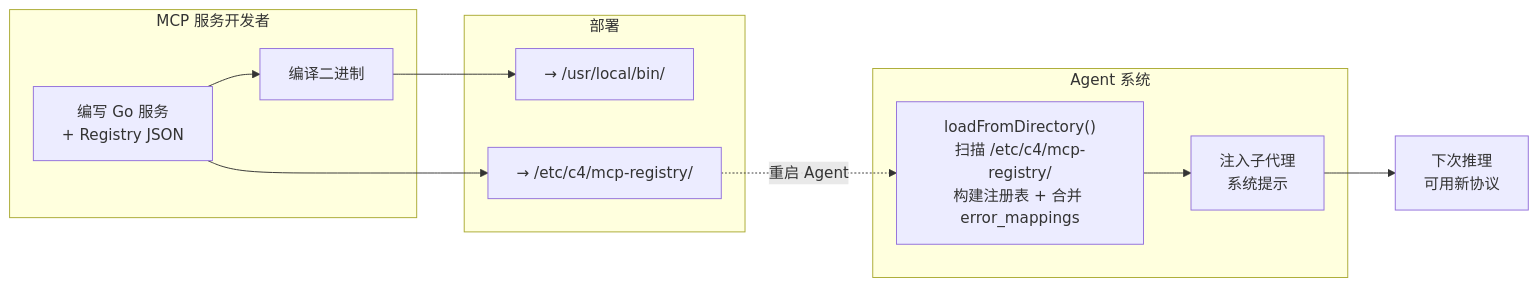
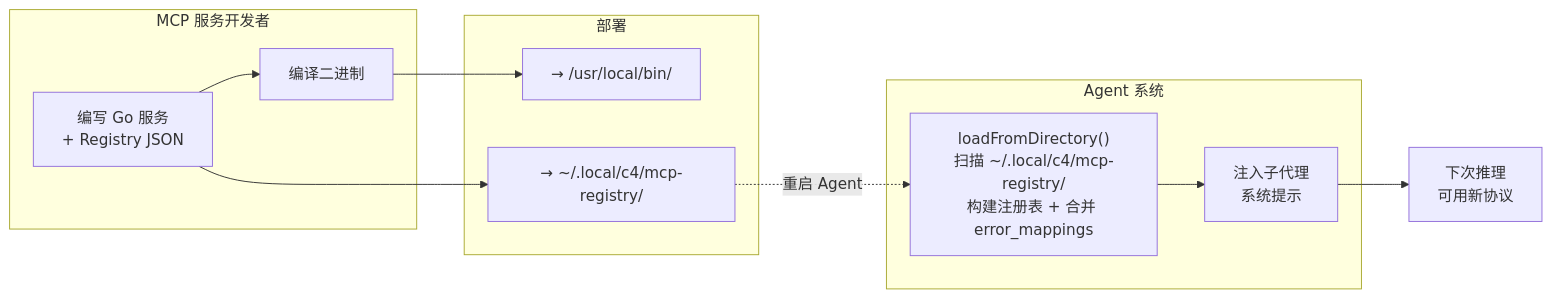
The third of 4 diagrams in docs/design/agent.md (activesys/c4), drawn with Mermaid before and after one commit. The commit also changed other lines of this file and 5 other files, not shown here.

````diff
--- a/docs/design/agent.md
+++ b/docs/design/agent.md
@@ -1006,25 +1006,25 @@
 ```mermaid
 flowchart LR
     subgraph Dev["MCP 服务开发者"]
         Code["编写 Go 服务<br/>+ Registry JSON"]
         Build["编译二进制"]
         Code --> Build
     end
 
     subgraph Deploy["部署"]
         Bin["→ /usr/local/bin/"]
-        Json["→ /etc/c4/mcp-registry/"]
+        Json["→ ~/.local/c4/mcp-registry/"]
     end
 
     subgraph Agent["Agent 系统"]
-        Scan["loadFromDirectory()<br/>扫描 /etc/c4/mcp-registry/<br/>构建注册表 + 合并 error_mappings"]
+        Scan["loadFromDirectory()<br/>扫描 ~/.local/c4/mcp-registry/<br/>构建注册表 + 合并 error_mappings"]
         Prompt["注入子代理<br/>系统提示"]
         Scan --> Prompt
     end
 
     Build --> Bin
     Code --> Json
 
     Json -.->|"重启 Agent"| Scan
     Prompt --> Work["下次推理<br/>可用新协议"]
 ```
````
